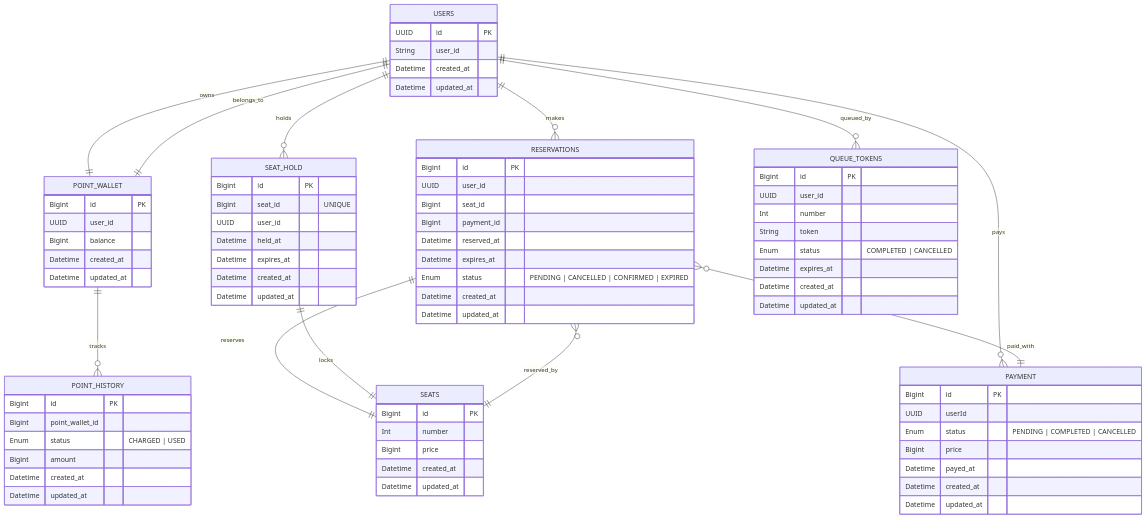
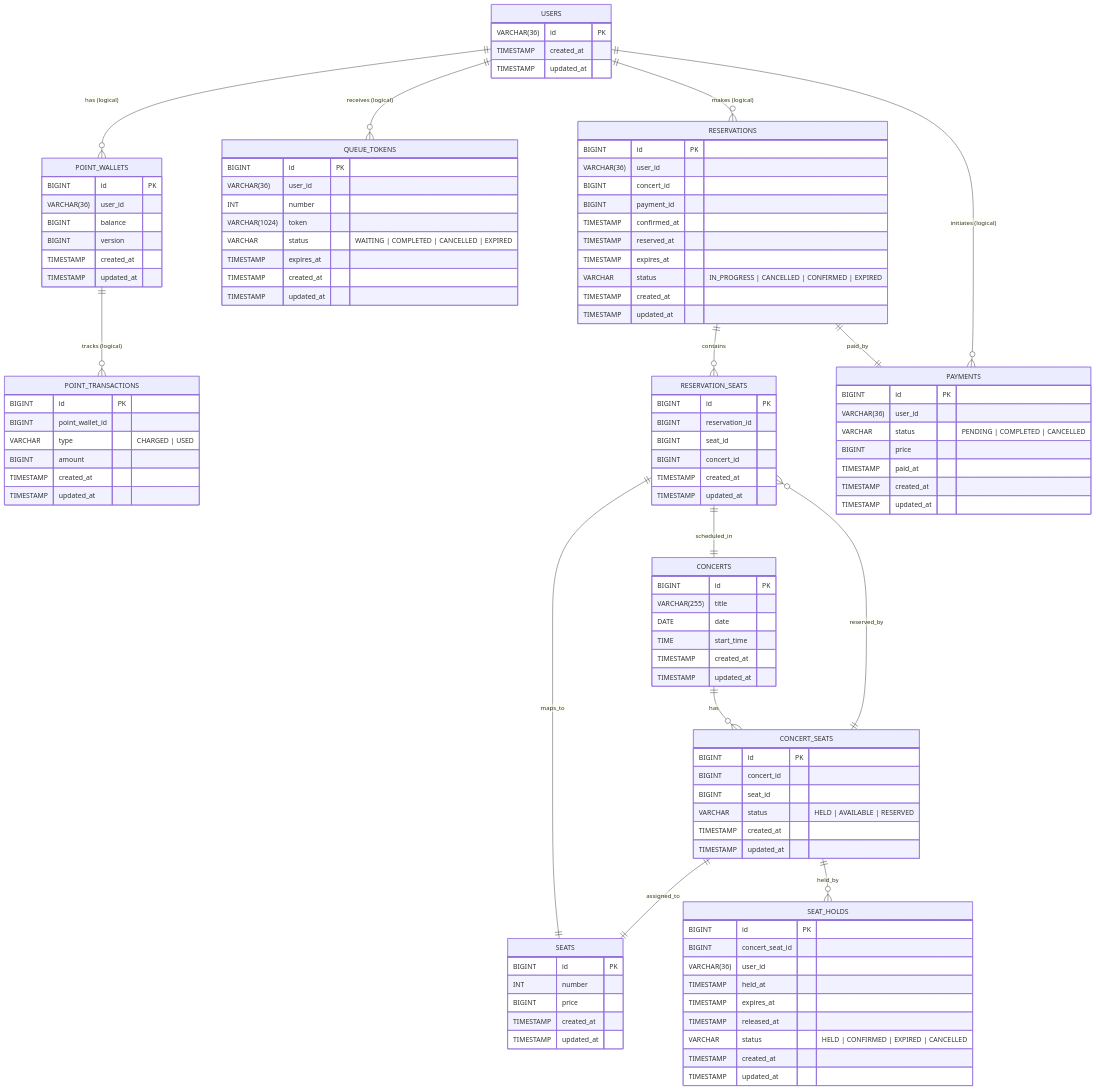
One commit to crispindeity/hhplus-server-jvm changed the fifth of 5 diagrams in README.md. Above: the diagram before and after it, drawn with Mermaid. The commit also changed 1 other file, not shown here.

Commit message:
:memo: Docs: ERD 수정

````diff
--- a/README.md
+++ b/README.md
@@ -267,88 +267,121 @@
 ```mermaid
 erDiagram
-    USERS ||--|| POINT_WALLET: owns
-    USERS ||--o{ RESERVATIONS: makes
-    USERS ||--o{ PAYMENT: pays
-    USERS ||--o{ SEAT_HOLD: holds
-    USERS ||--o{ QUEUE_TOKENS: queued_by
-    POINT_WALLET ||--o{ POINT_HISTORY: tracks
-    RESERVATIONS ||--|| SEATS: reserves
-    RESERVATIONS }o--|| PAYMENT: paid_with
-    SEAT_HOLD ||--|| SEATS: locks
-    SEATS ||--o{ RESERVATIONS: reserved_by
-    POINT_WALLET ||--|| USERS: belongs_to
     USERS {
-        UUID id PK
-        String user_id
-        Datetime created_at
-        Datetime updated_at
+        VARCHAR(36) id PK
+        TIMESTAMP created_at
+        TIMESTAMP updated_at
+    }
+
+    POINT_WALLETS {
+        BIGINT id PK
+        VARCHAR(36) user_id 
+        BIGINT balance
+        BIGINT version
+        TIMESTAMP created_at
+        TIMESTAMP updated_at
+    }
+
+    POINT_TRANSACTIONS {
+        BIGINT id PK
+        BIGINT point_wallet_id 
+        VARCHAR type "CHARGED | USED"
+        BIGINT amount
+        TIMESTAMP created_at
+        TIMESTAMP updated_at
+    }
+
+    QUEUE_TOKENS {
+        BIGINT id PK
+        VARCHAR(36) user_id 
+        INT number
+        VARCHAR(1024) token
+        VARCHAR status "WAITING | COMPLETED | CANCELLED | EXPIRED"
+        TIMESTAMP expires_at
+        TIMESTAMP created_at
+        TIMESTAMP updated_at
     }
 
     SEATS {
-        Bigint id PK
-        Int number
-        Bigint price
-        Datetime created_at
-        Datetime updated_at
+        BIGINT id PK
+        INT number
+        BIGINT price
+        TIMESTAMP created_at
+        TIMESTAMP updated_at
     }
 
-    POINT_WALLET {
-        Bigint id PK
-        UUID user_id
-        Bigint balance
-        Datetime created_at
-        Datetime updated_at
+    CONCERTS {
+        BIGINT id PK
+        VARCHAR(255) title
+        DATE date
+        TIME start_time
+        TIMESTAMP created_at
+        TIMESTAMP updated_at
+    }
+
+    CONCERT_SEATS {
+        BIGINT id PK
+        BIGINT concert_id 
+        BIGINT seat_id 
+        VARCHAR status "HELD | AVAILABLE | RESERVED"
+        TIMESTAMP created_at
+        TIMESTAMP updated_at
+    }
+
+    SEAT_HOLDS {
+        BIGINT id PK
+        BIGINT concert_seat_id 
+        VARCHAR(36) user_id 
+        TIMESTAMP held_at
+        TIMESTAMP expires_at
+        TIMESTAMP released_at
+        VARCHAR status "HELD | CONFIRMED | EXPIRED | CANCELLED"
+        TIMESTAMP created_at
+        TIMESTAMP updated_at
     }
 
     RESERVATIONS {
-        Bigint id PK
-        UUID user_id
-        Bigint seat_id
-        Bigint payment_id
-        Datetime reserved_at
-        Datetime expires_at
-        Enum status "PENDING | CANCELLED | CONFIRMED | EXPIRED"
-        Datetime created_at
-        Datetime updated_at
+        BIGINT id PK
+        VARCHAR(36) user_id 
+        BIGINT concert_id 
+        BIGINT payment_id 
+        TIMESTAMP confirmed_at
+        TIMESTAMP reserved_at
+        TIMESTAMP expires_at
+        VARCHAR status "IN_PROGRESS | CANCELLED | CONFIRMED | EXPIRED"
+        TIMESTAMP created_at
+        TIMESTAMP updated_at
     }
 
-    QUEUE_TOKENS {
-        Bigint id PK
-        UUID user_id
-        Int number
-        String token
-        Enum status "COMPLETED | CANCELLED"
-        Datetime expires_at
-        Datetime created_at
-        Datetime updated_at
+    RESERVATION_SEATS {
+        BIGINT id PK
+        BIGINT reservation_id 
+        BIGINT seat_id 
+        BIGINT concert_id 
+        TIMESTAMP created_at
+        TIMESTAMP updated_at
     }
 
-    POINT_HISTORY {
-        Bigint id PK
-        Bigint point_wallet_id
-        Enum status "CHARGED | USED"
-        Bigint amount
-        Datetime created_at
-        Datetime updated_at
+    PAYMENTS {
+        BIGINT id PK
+        VARCHAR(36) user_id 
+        VARCHAR status "PENDING | COMPLETED | CANCELLED"
+        BIGINT price
+        TIMESTAMP paid_at
+        TIMESTAMP created_at
+        TIMESTAMP updated_at
     }
 
-    PAYMENT {
-        Bigint id PK
-        UUID userId
-        Enum status "PENDING | COMPLETED | CANCELLED"
-        Bigint price
-        Datetime payed_at
-        Datetime created_at
-        Datetime updated_at
-    }
-
-    SEAT_HOLD {
-        Bigint id PK
-        Bigint seat_id "UNIQUE"
-        UUID user_id
-        Datetime held_at
-        Datetime expires_at
-        Datetime created_at
-        Datetime updated_at
-    }
+    USERS ||--o{ POINT_WALLETS: "has (logical)"
+    USERS ||--o{ QUEUE_TOKENS: "receives (logical)"
+    USERS ||--o{ RESERVATIONS: "makes (logical)"
+    USERS ||--o{ PAYMENTS: "initiates (logical)"
+    POINT_WALLETS ||--o{ POINT_TRANSACTIONS: "tracks (logical)"
+    RESERVATIONS ||--o{ RESERVATION_SEATS: "contains"
+    RESERVATIONS ||--|| PAYMENTS: "paid_by"
+    RESERVATION_SEATS ||--|| SEATS: "maps_to"
+    RESERVATION_SEATS ||--|| CONCERTS: "scheduled_in"
+    CONCERTS ||--o{ CONCERT_SEATS: "has"
+    CONCERT_SEATS ||--|| SEATS: "assigned_to"
+    CONCERT_SEATS ||--o{ SEAT_HOLDS: "held_by"
+    CONCERT_SEATS ||--o{ RESERVATION_SEATS: "reserved_by"
 ```
````
